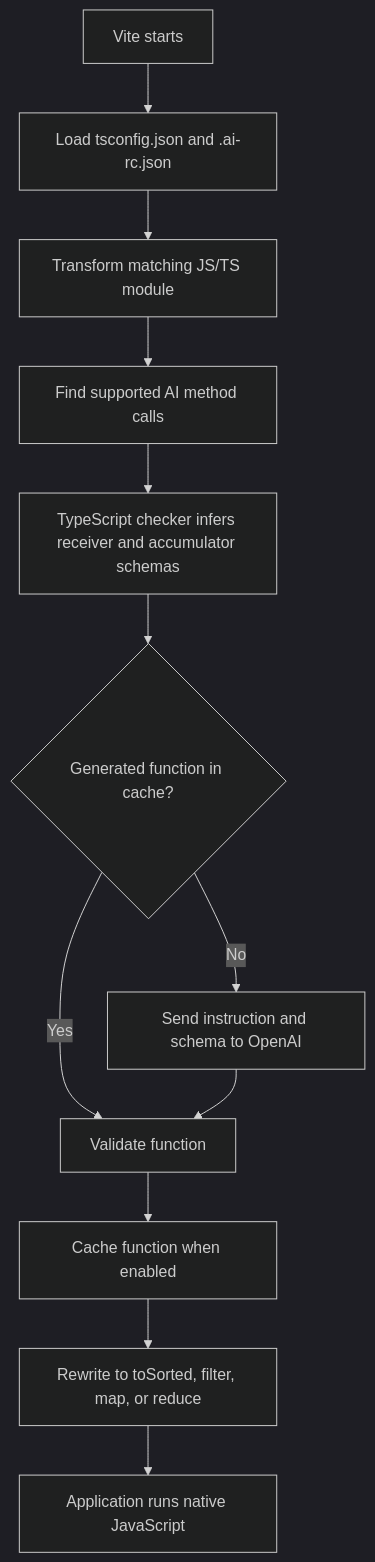
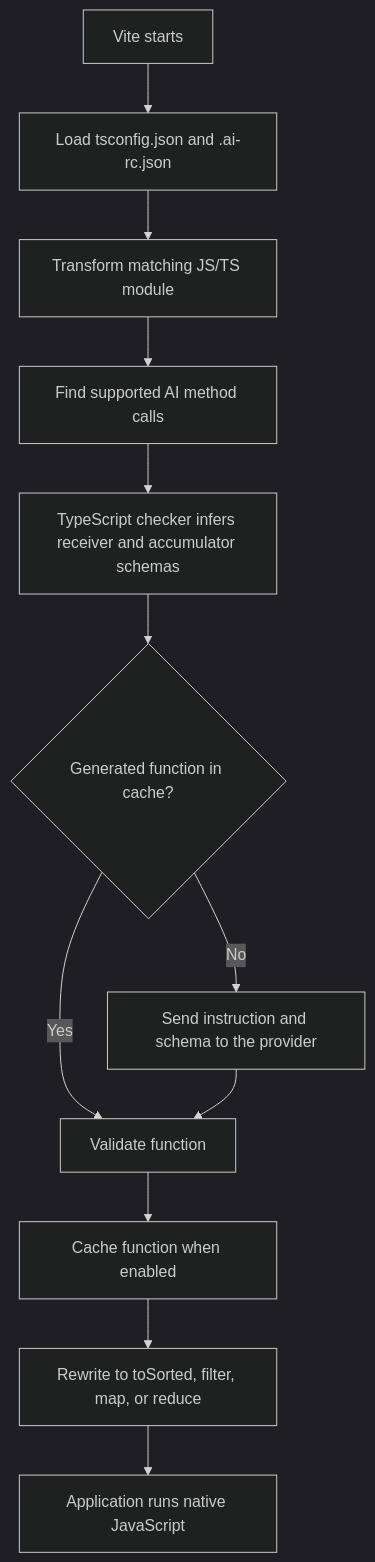
One commit to rand0mC0d3r/ai-lambda changed the diagram in packages/vite-plugin/README.md. Above: the diagram before and after it, drawn with Mermaid (dark theme). The commit also changed other lines of this file and 23 other files, not shown here.

````diff
--- a/packages/vite-plugin/README.md
+++ b/packages/vite-plugin/README.md
@@ -227,14 +247,14 @@
 ```mermaid
 flowchart TD
     A["Vite starts"] --> B["Load tsconfig.json and .ai-rc.json"]
     B --> C["Transform matching JS/TS module"]
     C --> D["Find supported AI method calls"]
     D --> E["TypeScript checker infers receiver and accumulator schemas"]
     E --> F{"Generated function in cache?"}
     F -- Yes --> H["Validate function"]
-    F -- No --> G["Send instruction and schema to OpenAI"]
+    F -- No --> G["Send instruction and schema to the provider"]
     G --> H
     H --> I["Cache function when enabled"]
     I --> J["Rewrite to toSorted, filter, map, or reduce"]
     J --> K["Application runs native JavaScript"]
 ```
````
